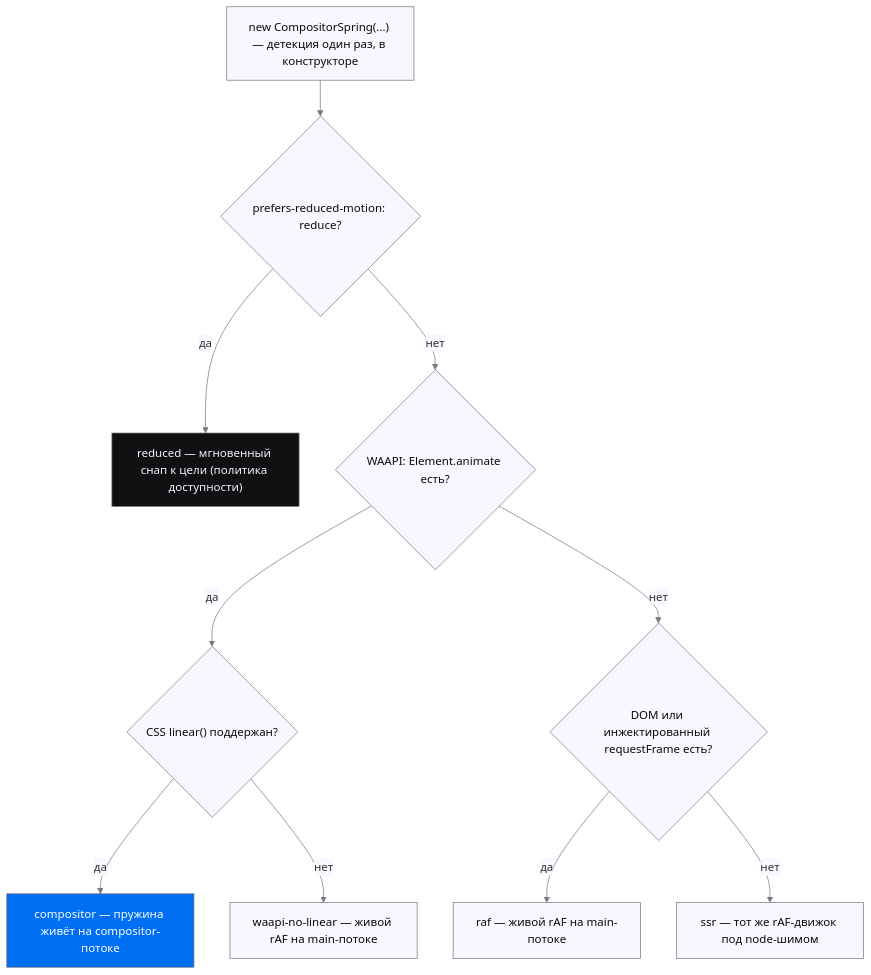
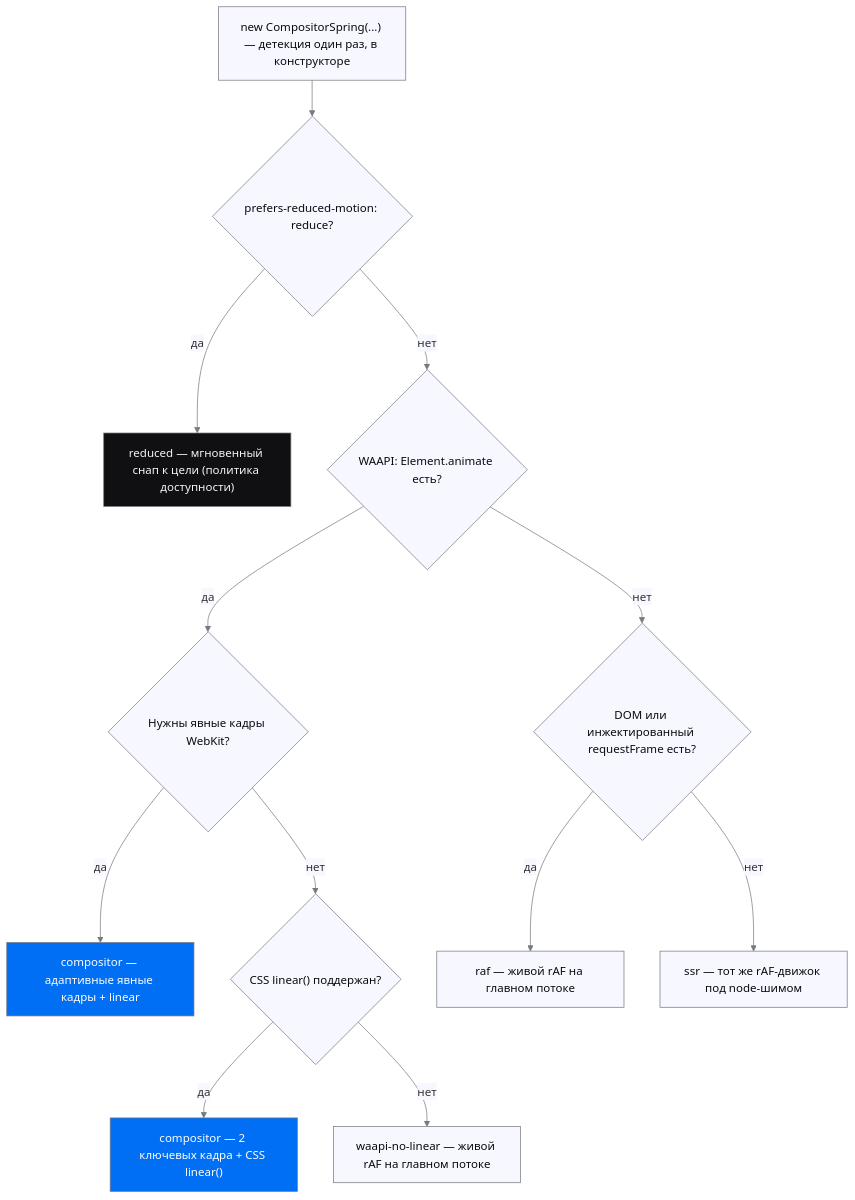
Before and after one commit to Labpics-Team/lab-motion: the second of 2 diagrams in README.md, drawn with Mermaid. The commit also changed other lines of this file and 188 other files, not shown here.

````diff
--- a/README.md
+++ b/README.md
@@ -424,24 +457,26 @@
 ```mermaid
 %%{init: {'theme':'base','themeVariables':{
   'lineColor':'#787880','textColor':'#0A0A10',
   'edgeLabelBackground':'#F7F7FF',
   'clusterBkg':'transparent','clusterBorder':'#787880'
 }}}%%
 flowchart TB
   ctor["new CompositorSpring(...) — детекция один раз, в конструкторе"] --> q0{"prefers-reduced-motion: reduce?"}
   q0 -- "да" --> reduced["reduced — мгновенный снап к цели (политика доступности)"]
   q0 -- "нет" --> q1{"WAAPI: Element.animate есть?"}
-  q1 -- "да" --> q2{"CSS linear() поддержан?"}
-  q2 -- "да" --> comp["compositor — пружина живёт на compositor-потоке"]
-  q2 -- "нет" --> wnl["waapi-no-linear — живой rAF на main-потоке"]
+  q1 -- "да" --> qwk{"Нужны явные кадры WebKit?"}
+  qwk -- "да" --> wk["compositor — адаптивные явные кадры + linear"]
+  qwk -- "нет" --> q2{"CSS linear() поддержан?"}
+  q2 -- "да" --> comp["compositor — 2 ключевых кадра + CSS linear()"]
+  q2 -- "нет" --> wnl["waapi-no-linear — живой rAF на главном потоке"]
   q1 -- "нет" --> q3{"DOM или инжектированный requestFrame есть?"}
-  q3 -- "да" --> raf["raf — живой rAF на main-потоке"]
+  q3 -- "да" --> raf["raf — живой rAF на главном потоке"]
   q3 -- "нет" --> ssr["ssr — тот же rAF-движок под node-шимом"]
 
   classDef node fill:#F7F7FF,stroke:#787880,color:#0A0A10
   classDef accent fill:#006FF3,stroke:#787880,color:#FCFDFF
   classDef dark fill:#101012,stroke:#787880,color:#F2F2FC
-  class ctor,q0,q1,q2,q3,wnl,raf,ssr node
-  class comp accent
+  class ctor,q0,q1,qwk,q2,q3,wnl,raf,ssr node
+  class comp,wk accent
   class reduced dark
 ```
````
